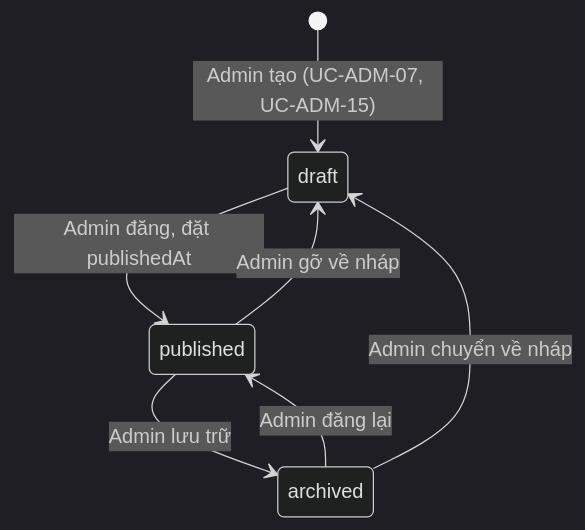
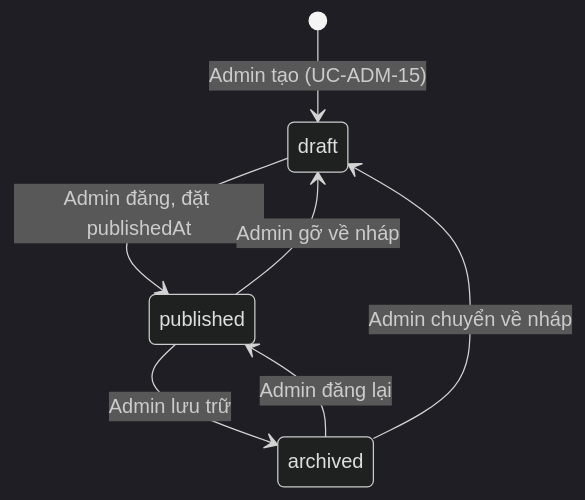
Diagram 12 of 13 in docs/DAC_TA_CHUC_NANG_THEO_VAI_TRO.md (2431540234-arch/XDUDTMDT), drawn with Mermaid (dark theme) before and after one commit. The commit also changed other lines of this file and 19 other files, not shown here.

First line of the commit message:
docs: cập nhật tài liệu theo schema 32 bảng

````diff
--- a/docs/DAC_TA_CHUC_NANG_THEO_VAI_TRO.md
+++ b/docs/DAC_TA_CHUC_NANG_THEO_VAI_TRO.md
@@ -1982,9 +1888,9 @@
 ```mermaid
 stateDiagram-v2
-    [*] --> draft: Admin tạo (UC-ADM-07, UC-ADM-15)
+    [*] --> draft: Admin tạo (UC-ADM-15)
     draft --> published: Admin đăng, đặt publishedAt
     published --> archived: Admin lưu trữ
     archived --> published: Admin đăng lại
     published --> draft: Admin gỡ về nháp
     archived --> draft: Admin chuyển về nháp
 ```
````
